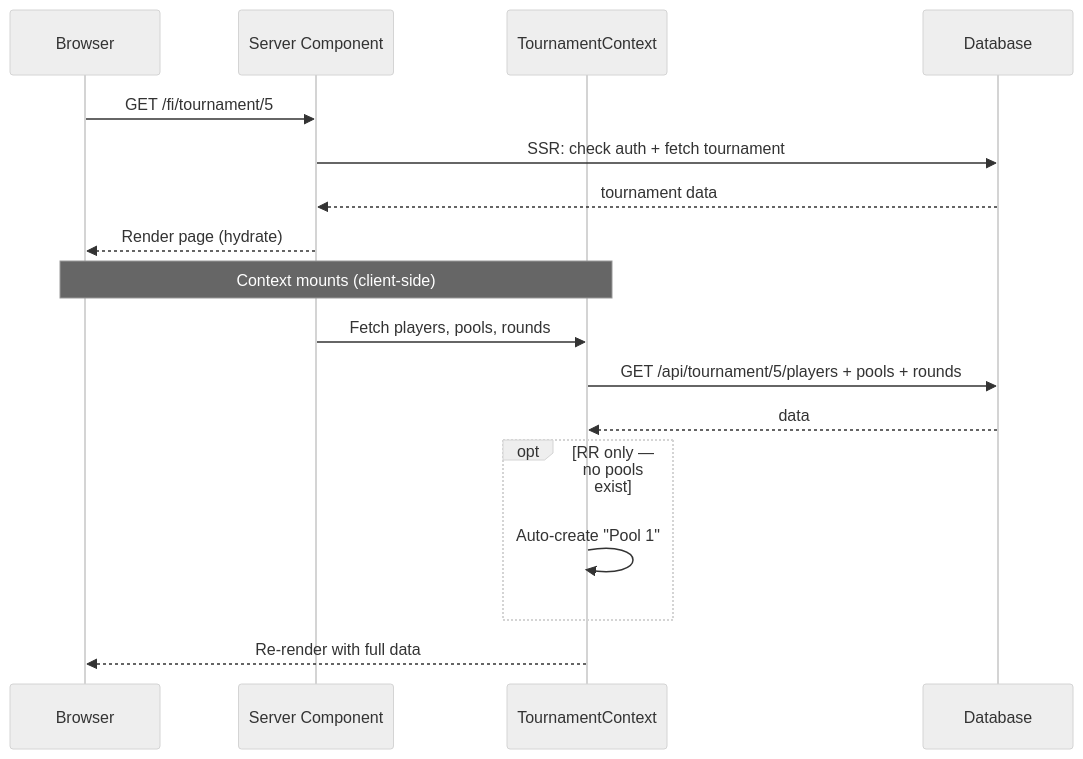
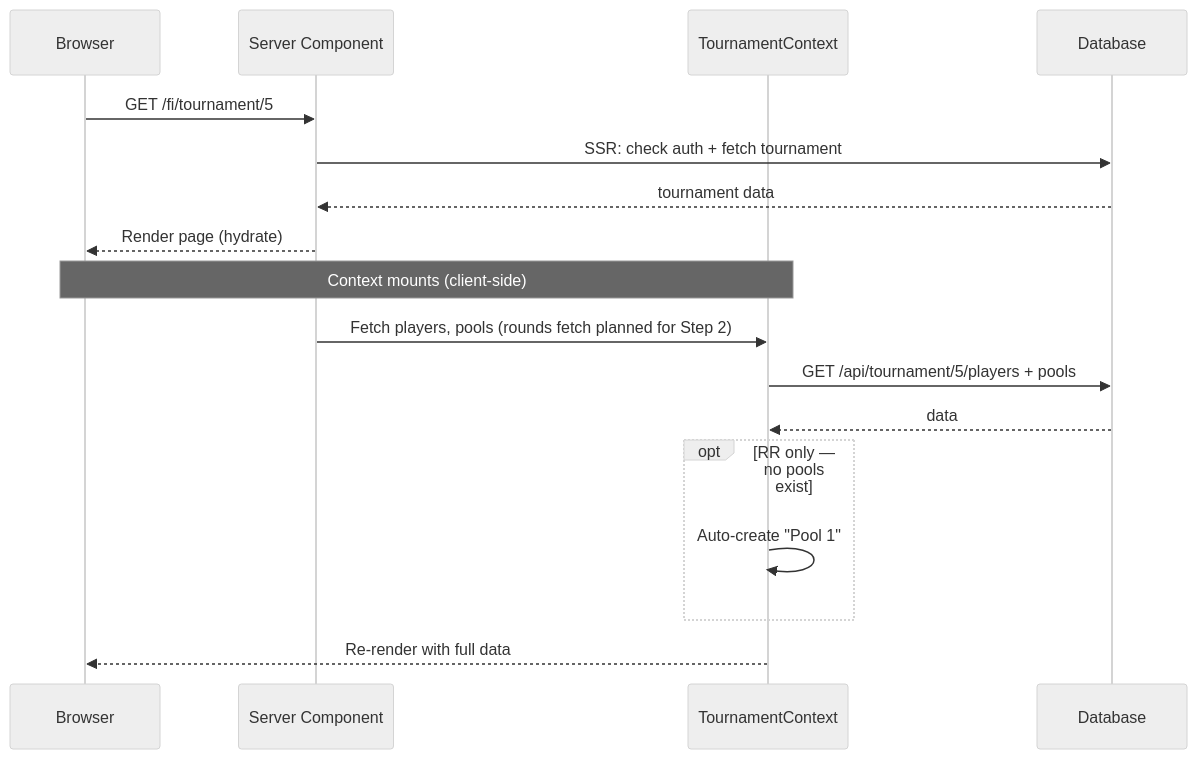
Before and after one commit to cy6erskunk/tournament-app: the fourth of 14 diagrams in docs/interaction-diagrams.md, drawn with Mermaid (neutral theme). The commit also changed other lines of this file and 4 other files, not shown here.

````diff
--- a/docs/interaction-diagrams.md
+++ b/docs/interaction-diagrams.md
@@ -94,24 +87,24 @@
 ```mermaid
 sequenceDiagram
     participant Browser
     participant SC as Server Component
     participant TC as TournamentContext
     participant DB as Database
 
     Browser->>SC: GET /fi/tournament/5
     SC->>DB: SSR: check auth + fetch tournament
     DB-->>SC: tournament data
     SC-->>Browser: Render page (hydrate)
 
     Note over Browser,TC: Context mounts (client-side)
 
-    SC->>TC: Fetch players, pools, rounds
-    TC->>DB: GET /api/tournament/5/players + pools + rounds
+    SC->>TC: Fetch players, pools (rounds fetch planned for Step 2)
+    TC->>DB: GET /api/tournament/5/players + pools
     DB-->>TC: data
 
     opt RR only — no pools exist
         TC->>TC: Auto-create "Pool 1"
     end
 
     TC-->>Browser: Re-render with full data
 ```
````
